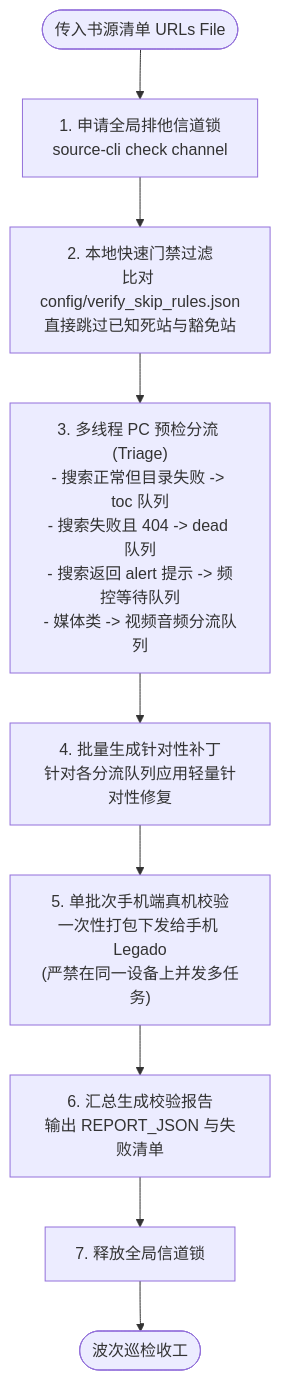
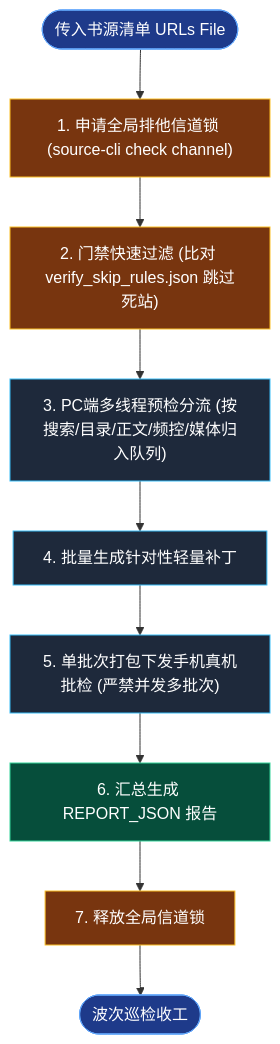
One commit to h11128/legado-cli changed the fifth of 5 diagrams in docs/reference/flow-architecture-and-dispatch.md. Above: the diagram before and after it, drawn with Mermaid. The commit also changed other lines of this file and 2 other files, not shown here.

Commit message:
docs(readme): 优化双语README架构调度图高对比色彩与紧凑流程管道 closes #1134

````diff
--- a/docs/reference/flow-architecture-and-dispatch.md
+++ b/docs/reference/flow-architecture-and-dispatch.md
@@ -118,17 +167,16 @@
 ```mermaid
-graph TD
-    Start(["传入书源清单 URLs File"]) --> Lock["1. 申请全局排他信道锁<br/>source-cli check channel"]
-    
-    Lock --> SkipFilter["2. 本地快速门禁过滤<br/>比对 config/verify_skip_rules.json<br/>直接跳过已知死站与豁免站"]
-    
-    SkipFilter --> Triage["3. 多线程 PC 预检分流 (Triage)<br/>- 搜索正常但目录失败 -> toc 队列<br/>- 搜索失败且 404 -> dead 队列<br/>- 搜索返回 alert 提示 -> 频控等待队列<br/>- 媒体类 -> 视频音频分流队列"]
-    
-    Triage --> BatchPatch["4. 批量生成针对性补丁<br/>针对各分流队列应用轻量针对性修复"]
-    
-    BatchPatch --> SingleBatchVerify["5. 单批次手机端真机校验<br/>一次性打包下发给手机 Legado<br/>(严禁在同一设备上并发多任务)"]
-    
-    SingleBatchVerify --> Aggregate["6. 汇总生成校验报告<br/>输出 REPORT_JSON 与失败清单"]
-    
-    Aggregate --> Unlock["7. 释放全局信道锁"]
-    Unlock --> End(["波次巡检收工"])
+flowchart TD
+    classDef startNode fill:#1e3a8a,stroke:#60a5fa,color:#fff;
+    classDef gateNode fill:#78350f,stroke:#fbbf24,color:#fff;
+    classDef coreNode fill:#1e293b,stroke:#38bdf8,color:#fff;
+    classDef successNode fill:#064e3b,stroke:#34d399,color:#fff;
+
+    Start(["传入书源清单 URLs File"]):::startNode --> Lock["1. 申请全局排他信道锁 (source-cli check channel)"]:::gateNode
+    Lock --> SkipFilter["2. 门禁快速过滤 (比对 verify_skip_rules.json 跳过死站)"]:::gateNode
+    SkipFilter --> Triage["3. PC端多线程预检分流 (按搜索/目录/正文/频控/媒体归入队列)"]:::coreNode
+    Triage --> BatchPatch["4. 批量生成针对性轻量补丁"]:::coreNode
+    BatchPatch --> SingleBatchVerify["5. 单批次打包下发手机真机批检 (严禁并发多批次)"]:::coreNode
+    SingleBatchVerify --> Aggregate["6. 汇总生成 REPORT_JSON 报告"]:::successNode
+    Aggregate --> Unlock["7. 释放全局信道锁"]:::gateNode
+    Unlock --> End(["波次巡检收工"]):::startNode
 ```
````
